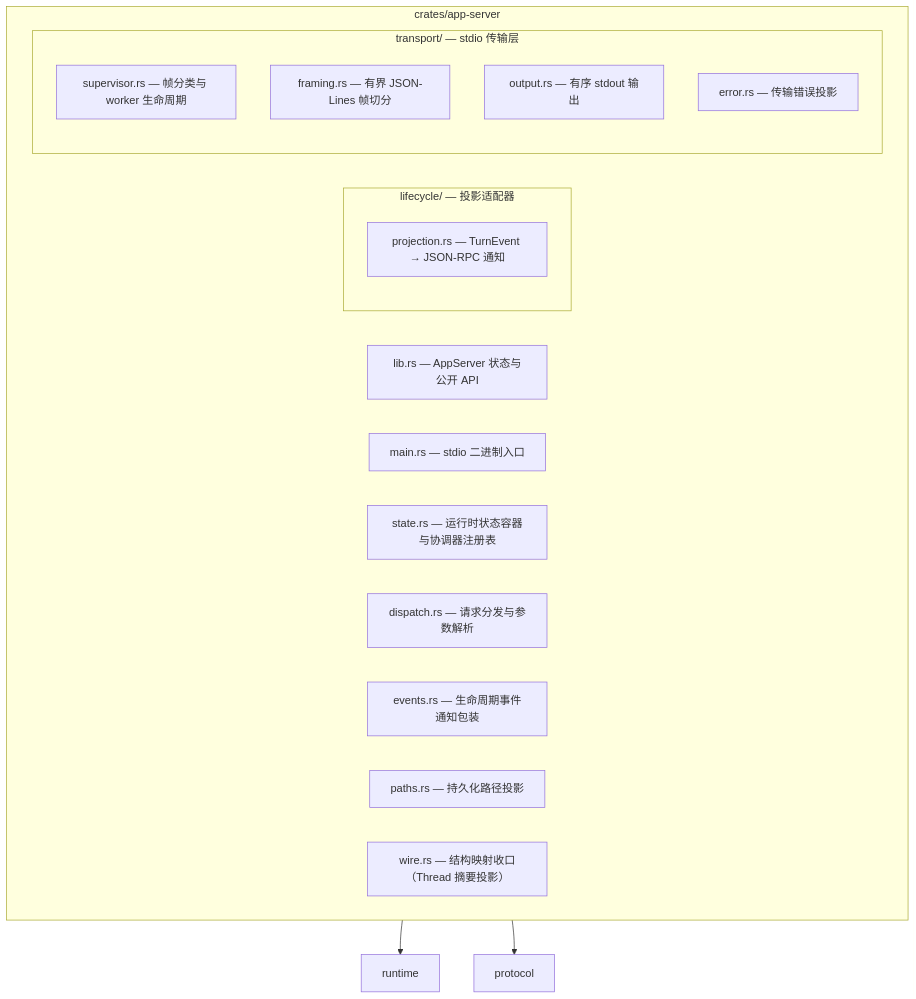
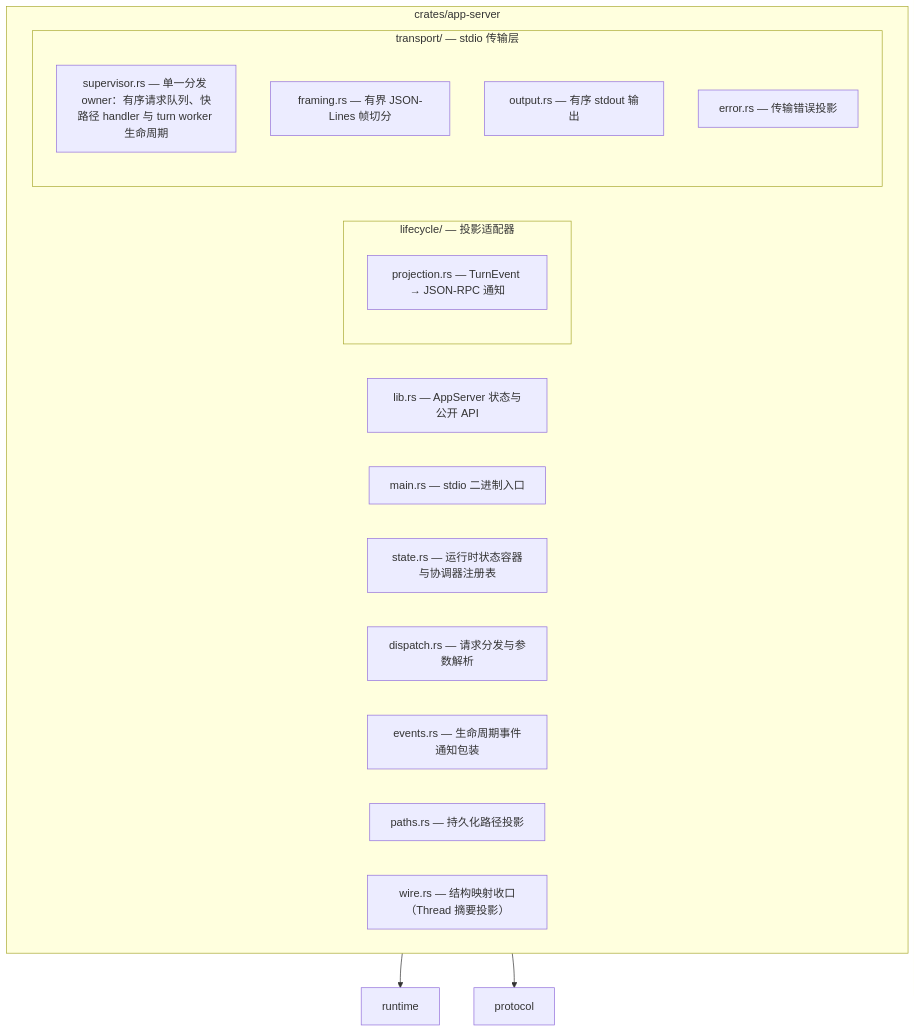
The ninth of 10 diagrams in docs/repository-map.md (qjcnmd/singularity-agent), drawn with Mermaid before and after one commit. The commit also changed other lines of this file and 63 other files, not shown here.

````diff
--- a/docs/repository-map.md
+++ b/docs/repository-map.md
@@ -226,23 +234,23 @@
 ```mermaid
 flowchart TD
     subgraph appserver["crates/app-server"]
         lib["lib.rs — AppServer 状态与公开 API"]
         main["main.rs — stdio 二进制入口"]
         state["state.rs — 运行时状态容器与协调器注册表"]
         dispatch["dispatch.rs — 请求分发与参数解析"]
         events["events.rs — 生命周期事件通知包装"]
         paths["paths.rs — 持久化路径投影"]
         wire["wire.rs — 结构映射收口（Thread 摘要投影）"]
         subgraph lifecycle["lifecycle/ — 投影适配器"]
             projection["projection.rs — TurnEvent → JSON-RPC 通知"]
         end
         subgraph transport["transport/ — stdio 传输层"]
-            sup["supervisor.rs — 帧分类与 worker 生命周期"]
+            sup["supervisor.rs — 单一分发 owner：有序请求队列、快路径 handler 与 turn worker 生命周期"]
             framing["framing.rs — 有界 JSON-Lines 帧切分"]
             output["output.rs — 有序 stdout 输出"]
             terr["error.rs — 传输错误投影"]
         end
     end
     appserver --> runtime["runtime"]
     appserver --> protocol["protocol"]
 ```
````
